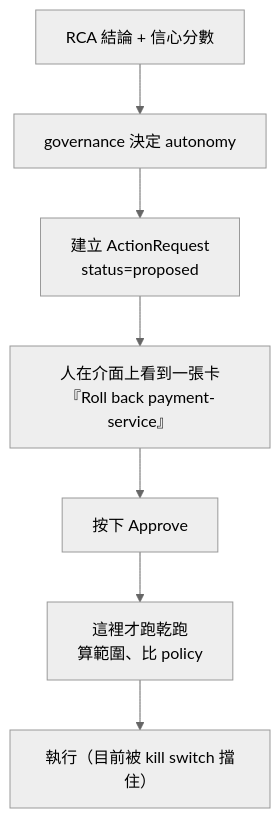
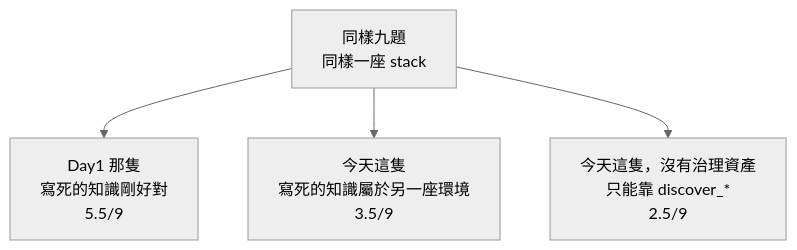
One commit to tedmax100/o11y-bench changed the diagram in weaver-demo/ironman-2026/day27.md. Above: the diagram before and after it, drawn with Mermaid (neutral theme). The commit also changed other lines of this file and 29 other files, not shown here.

````diff
--- a/weaver-demo/ironman-2026/day27.md
+++ b/weaver-demo/ironman-2026/day27.md
@@ -128,9 +80,6 @@
 ```mermaid
 flowchart TB
-    R["RCA 結論 + 信心分數"] --> G["governance 決定 autonomy"]
-    G --> P["建立 ActionRequest<br/>status=proposed"]
-    P --> H["人在介面上看到一張卡<br/>『Roll back payment-service』"]
-    H --> A["按下 Approve"]
-    A --> DR["這裡才跑乾跑<br/>算範圍、比 policy"]
-    DR --> X["執行（目前被 kill switch 擋住）"]
+    Q["同樣九題<br/>同樣一座 stack"] --> A["Day1 那隻<br/>寫死的知識剛好對<br/>5.5/9"]
+    Q --> B["今天這隻<br/>寫死的知識屬於另一座環境<br/>3.5/9"]
+    Q --> C["今天這隻，沒有治理資產<br/>只能靠 discover_*<br/>2.5/9"]
 ```
````
